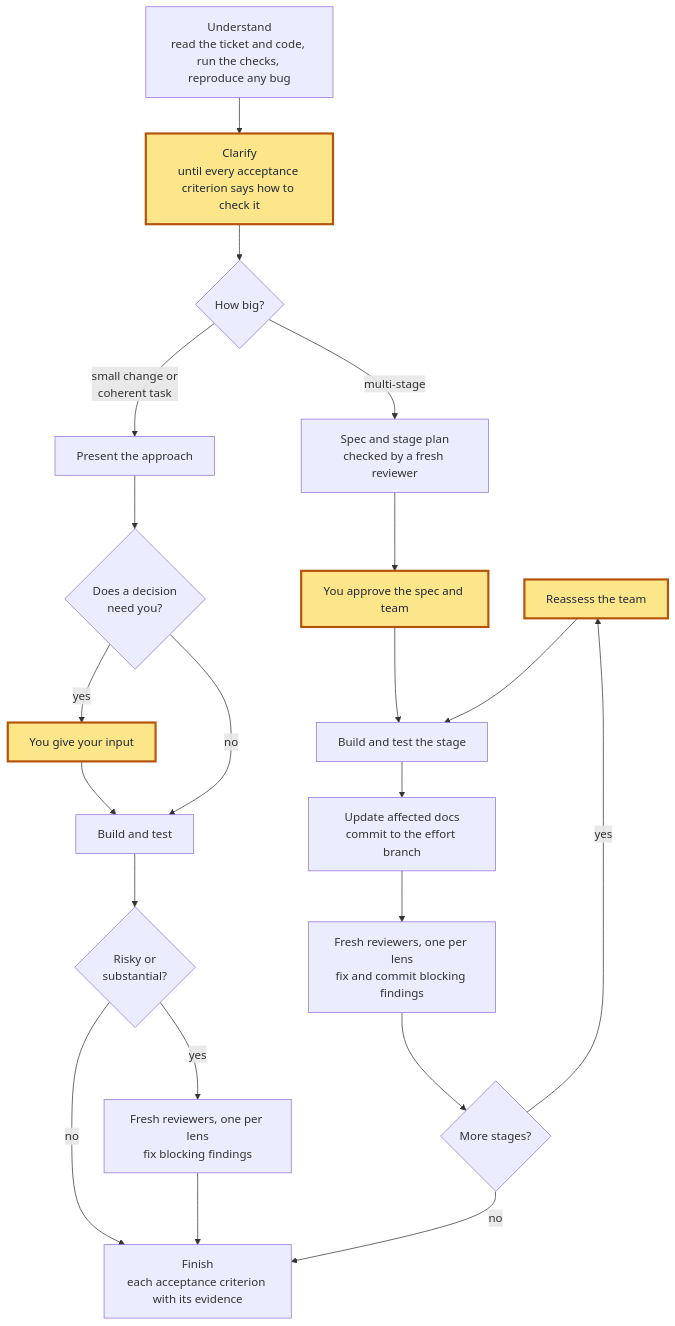
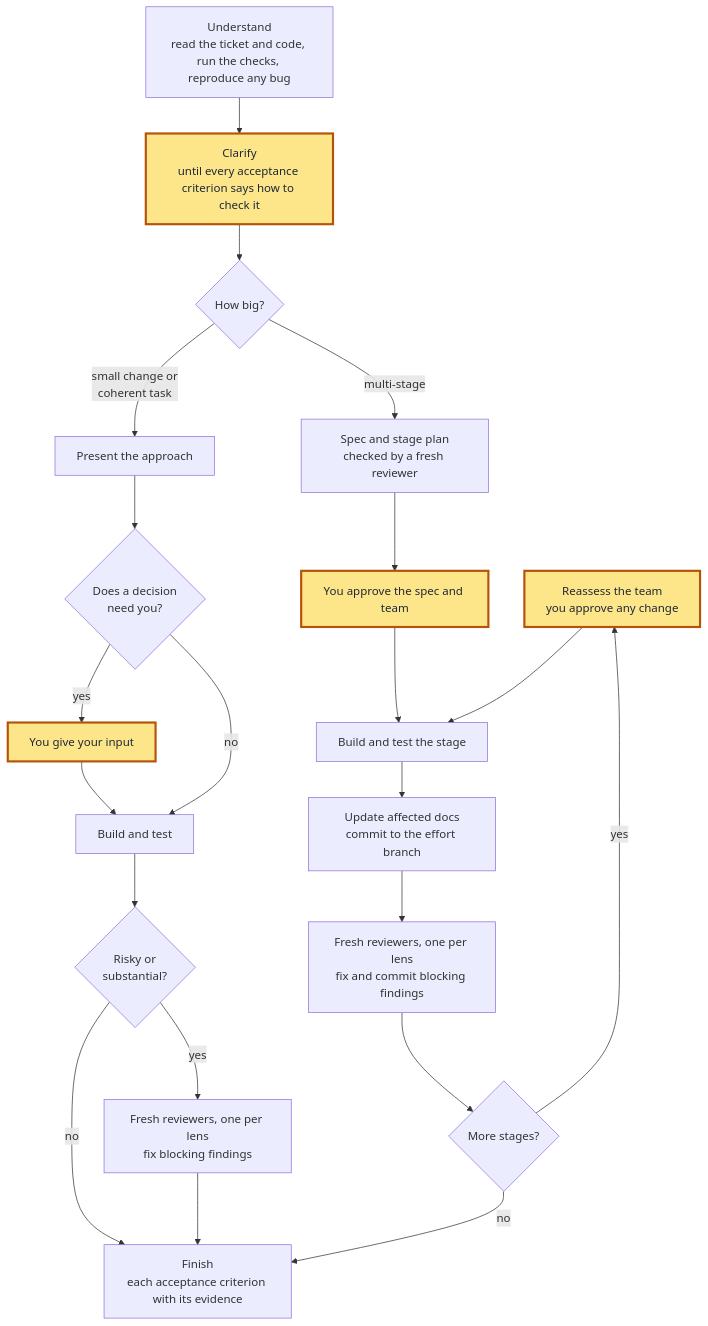
Before and after one commit to dipsylala/skills: the diagram in do-my-work/README.md, drawn with Mermaid.

Commit message:
Show that reassessing the team needs the user only for a change

````diff
--- a/do-my-work/README.md
+++ b/do-my-work/README.md
@@ -50,45 +50,45 @@
 ```mermaid
 flowchart TD
     %% Declared first so the layout draws it beside the stage loop.
-    Reassess["Reassess the team"]
+    Reassess["Reassess the team<br/>you approve any change"]
     U["Understand<br/>read the ticket and code, run the checks, reproduce any bug"]
     C["Clarify<br/>until every acceptance criterion says how to check it"]
     Size{"How big?"}
     Plan["Present the approach"]
     Decide{"Does a decision<br/>need you?"}
     Ask["You give your input"]
     Build["Build and test"]
     Risky{"Risky or<br/>substantial?"}
     Review["Fresh reviewers, one per lens<br/>fix blocking findings"]
     Spec["Spec and stage plan<br/>checked by a fresh reviewer"]
     Approve["You approve the spec and team"]
     Stage["Build and test the stage"]
     Commit["Update affected docs<br/>commit to the effort branch"]
     StageReview["Fresh reviewers, one per lens<br/>fix and commit blocking findings"]
     More{"More stages?"}
     Finish["Finish<br/>each acceptance criterion with its evidence"]
 
     U --> C
     C --> Size
     Size -- "small change or<br/>coherent task" --> Plan
     Plan --> Decide
     Decide -- yes --> Ask
     Ask --> Build
     Decide -- no --> Build
     Build --> Risky
     Risky -- yes --> Review
     Risky -- no --> Finish
     Review --> Finish
     Size -- multi-stage --> Spec
     Spec --> Approve
     Approve --> Stage
     Stage --> Commit
     Commit --> StageReview
     StageReview --> More
     More -- yes --> Reassess
     Reassess --> Stage
     More -- no --> Finish
 
     classDef you fill:#fde68a,stroke:#b45309,stroke-width:3px,color:#1f2937
     class C,Ask,Approve,Reassess you
 ```
````
